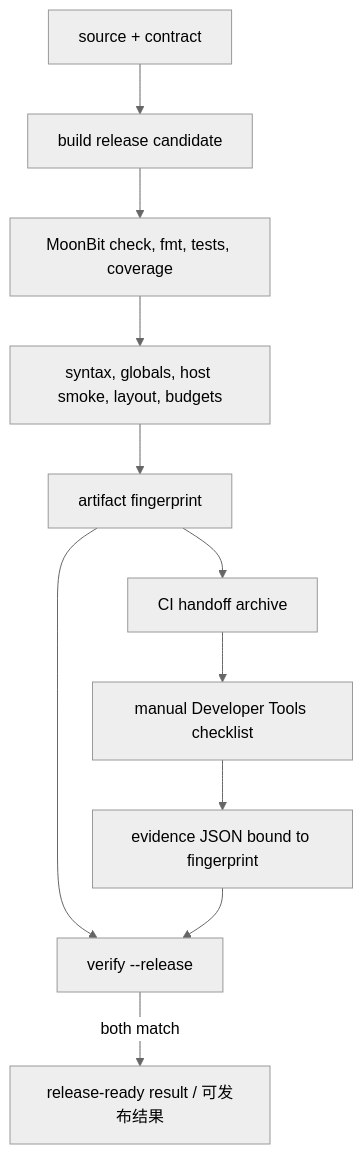
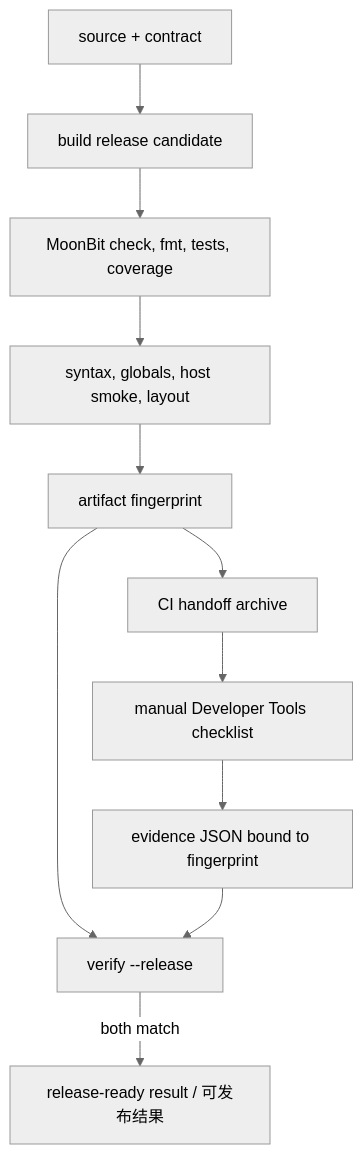
Before and after one commit to lucavance/minimoon: the diagram in docs/code-analysis/assets/diagrams/source/06-BUILD-VERIFY-AND-RELEASE-2.mmd, drawn with Mermaid (neutral theme). The commit also changed 51 other files, not shown here.

```diff
--- a/docs/code-analysis/assets/diagrams/source/06-BUILD-VERIFY-AND-RELEASE-2.mmd
+++ b/docs/code-analysis/assets/diagrams/source/06-BUILD-VERIFY-AND-RELEASE-2.mmd
@@ -1,16 +1,16 @@
 flowchart TB
     Source[source + contract]
     Candidate[build release candidate]
     Static[MoonBit check, fmt, tests, coverage]
-    Generated[syntax, globals, host smoke, layout, budgets]
+    Generated[syntax, globals, host smoke, layout]
     Fingerprint[artifact fingerprint]
     Handoff[CI handoff archive]
     DevTools[manual Developer Tools checklist]
     Evidence[evidence JSON bound to fingerprint]
     Release[verify --release]
 
     Source --> Candidate --> Static --> Generated --> Fingerprint --> Handoff
     Handoff --> DevTools --> Evidence
     Fingerprint --> Release
     Evidence --> Release
     Release -->|both match| ReleaseReady[release-ready result / 可发布结果]
```
